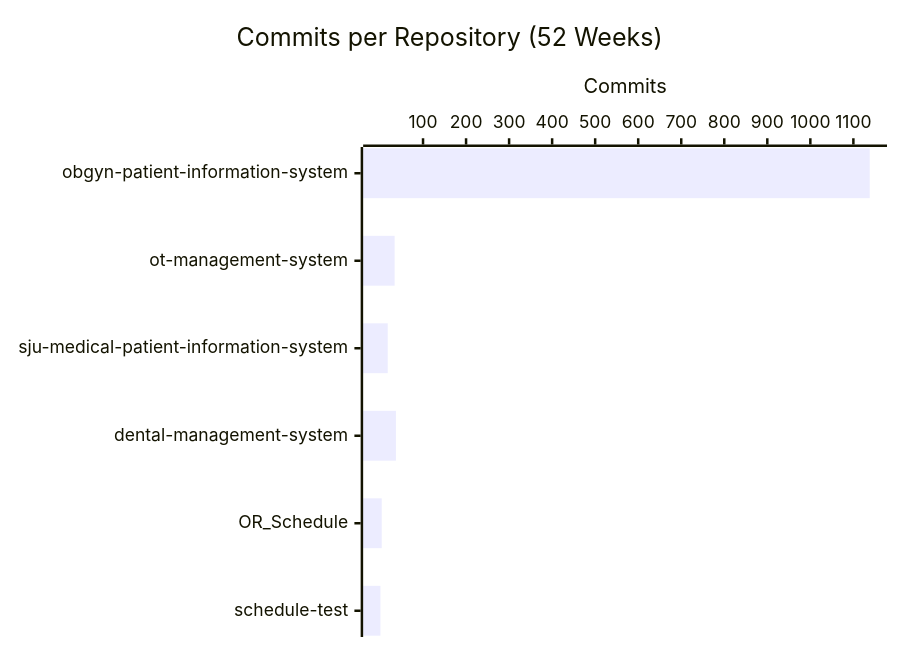
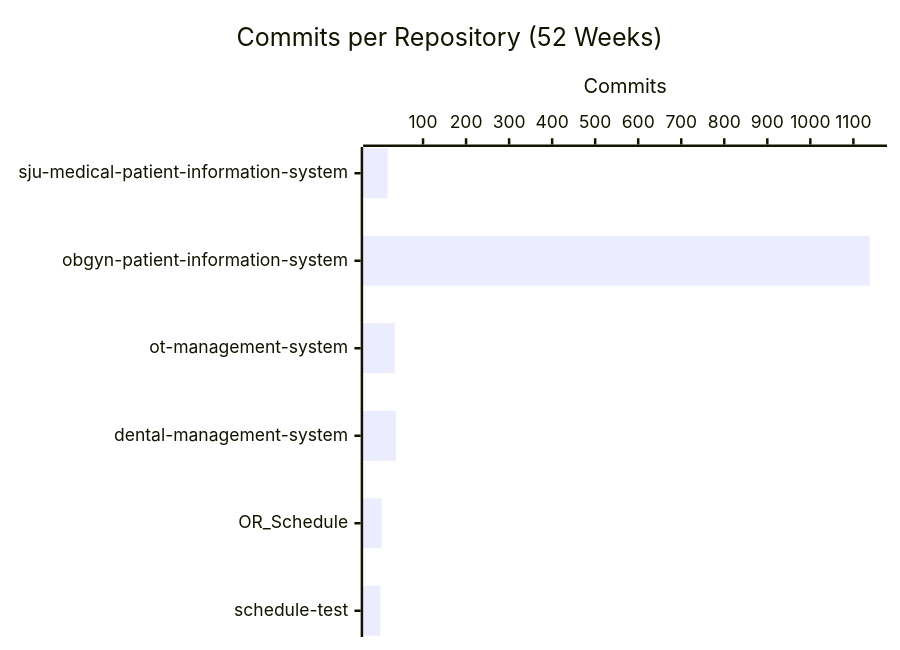
One commit to CSTH-Projects/.github changed the second of 4 diagrams in profile/README.md. Above: the diagram before and after it, drawn with Mermaid. The commit also changed other lines of this file, not shown here.

````diff
--- a/profile/README.md
+++ b/profile/README.md
@@ -24,7 +24,7 @@
 ```mermaid
 xychart-beta horizontal
     title "Commits per Repository (52 Weeks)"
-    x-axis ["obgyn-patient-information-system", "ot-management-system", "sju-medical-patient-information-system", "dental-management-system", "OR_Schedule", "schedule-test"]
+    x-axis ["sju-medical-patient-information-system", "obgyn-patient-information-system", "ot-management-system", "dental-management-system", "OR_Schedule", "schedule-test"]
     y-axis "Commits"
-    bar [1138, 34, 18, 37, 4, 1]
+    bar [18, 1138, 34, 37, 4, 1]
 ```
````
